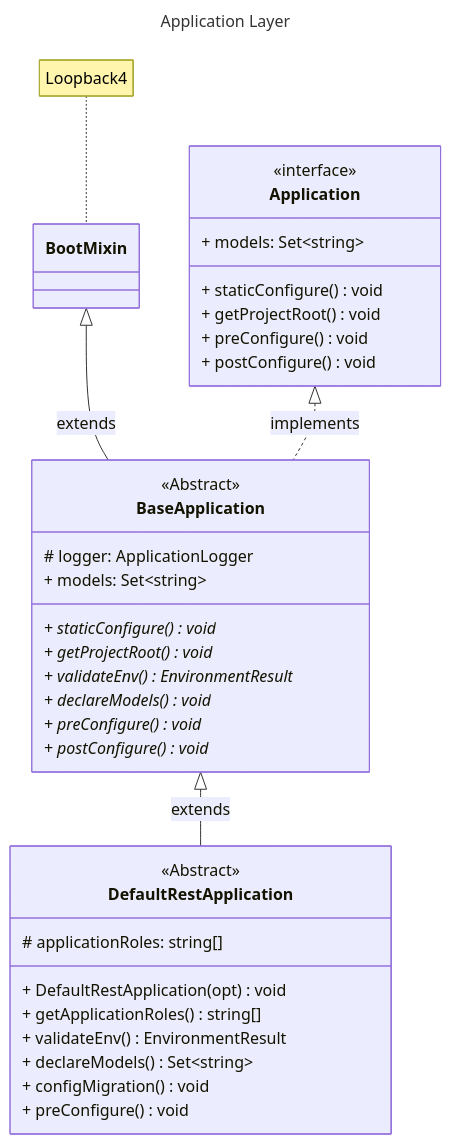
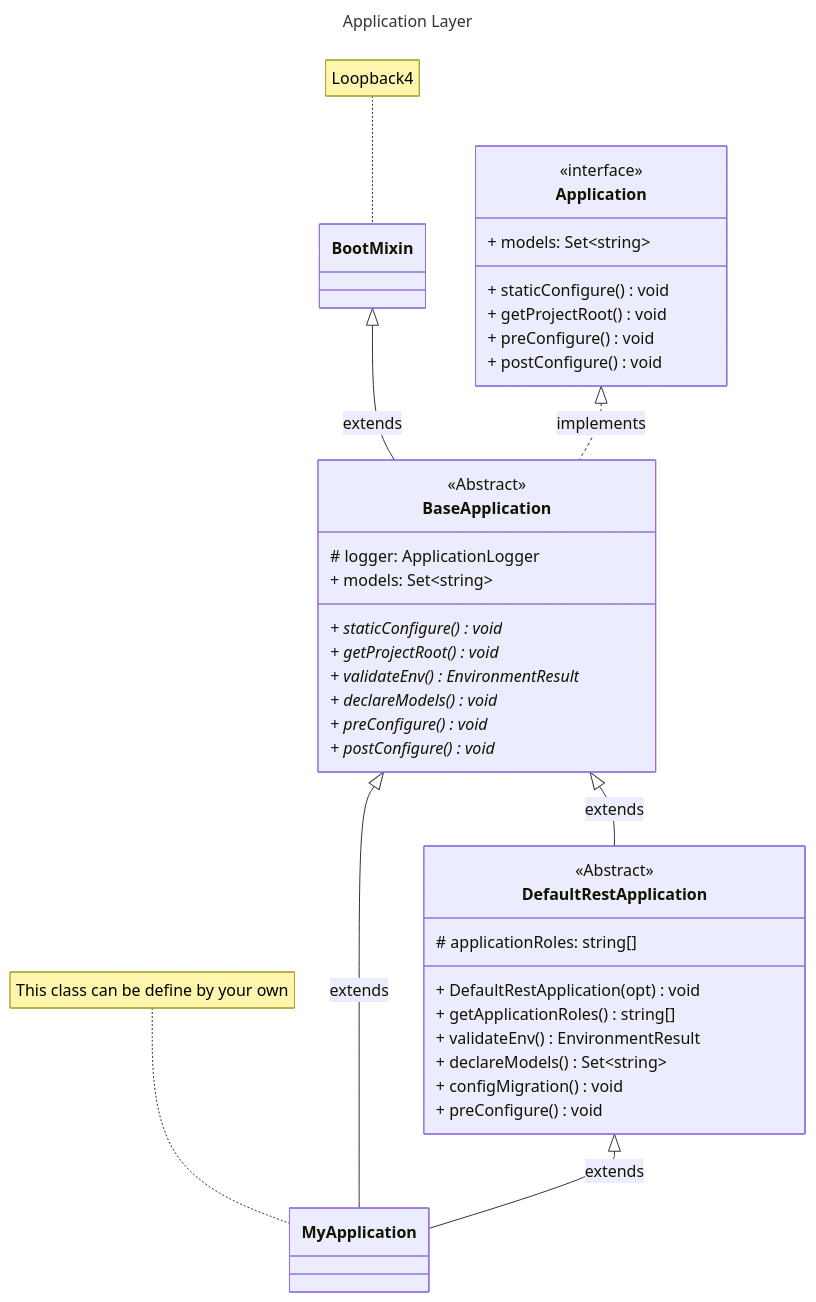
One commit to phatnt199/node-infra changed the diagram in README.md. Above: the diagram before and after it, drawn with Mermaid. The commit also changed other lines of this file, not shown here.

Commit message:
adjust: adjust diagram

````diff
--- a/README.md
+++ b/README.md
@@ -39,44 +39,47 @@
 ```mermaid
 ---
 title: Application Layer
 ---
 classDiagram
     note for BootMixin "Loopback4"
+    note for MyApplication "This class can be define by your own"
     BootMixin <|-- BaseApplication: extends
     BaseApplication <|-- DefaultRestApplication: extends
     Application <|.. BaseApplication : implements
-    class BootMixin{
-    }
+    BaseApplication<|-- MyApplication : extends  
+    DefaultRestApplication<|-- MyApplication : extends  
+    class BootMixin{ }
     class Application{
       <<interface>> 
       + models: Set~string~
 
       + staticConfigure() void
       + getProjectRoot() void
       + preConfigure() void
       + postConfigure() void
     }
     class BaseApplication {
       <<Abstract>>
       # logger: ApplicationLogger
       + models: Set~string~
 
       + staticConfigure()* void
       + getProjectRoot()* void
       + validateEnv()* EnvironmentResult
       + declareModels()* void
       + preConfigure()* void
       + postConfigure()* void
     }
     class DefaultRestApplication {
       <<Abstract>>
       # applicationRoles: string[]
 
       + DefaultRestApplication(opt) void
       + getApplicationRoles () string[]
       + validateEnv() EnvironmentResult
       + declareModels() Set~string~
       + configMigration() void
       + preConfigure() void
     }
+    class MyApplication { }
 ```
````
